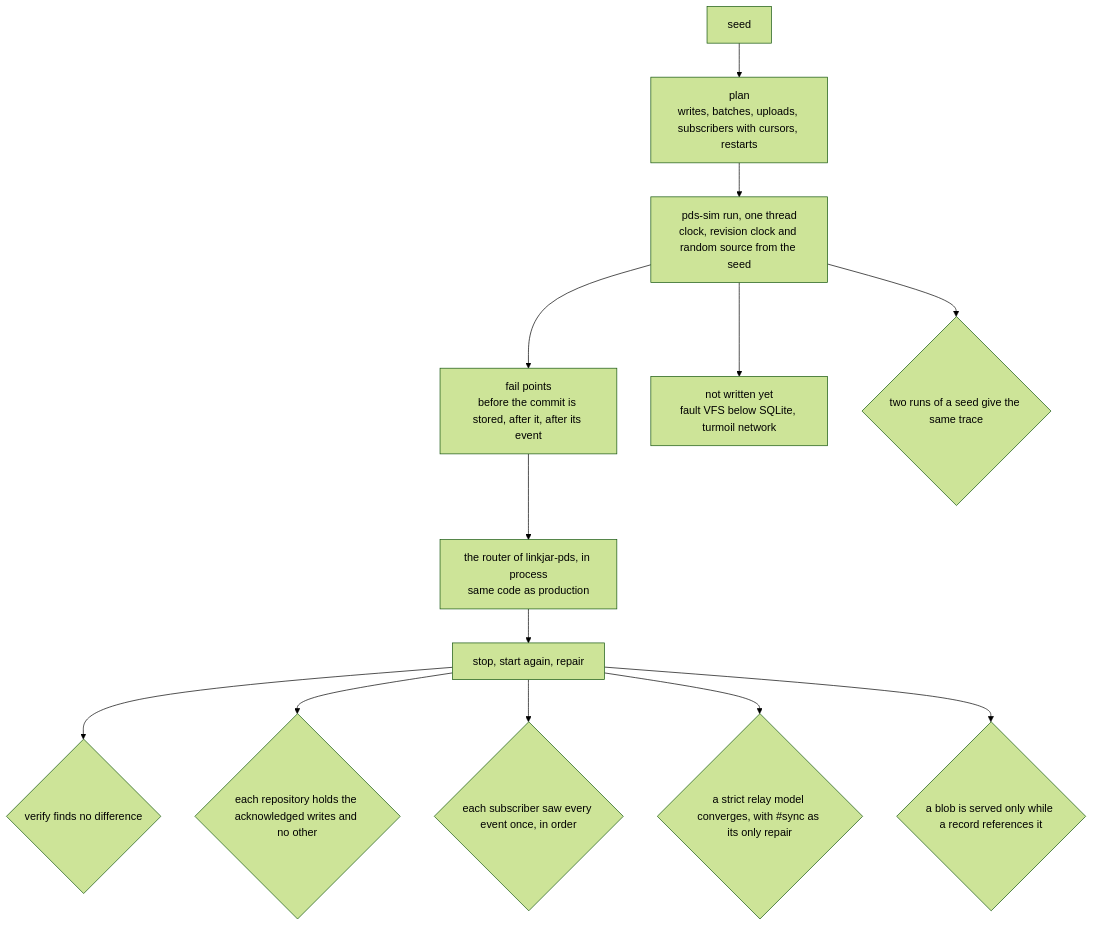
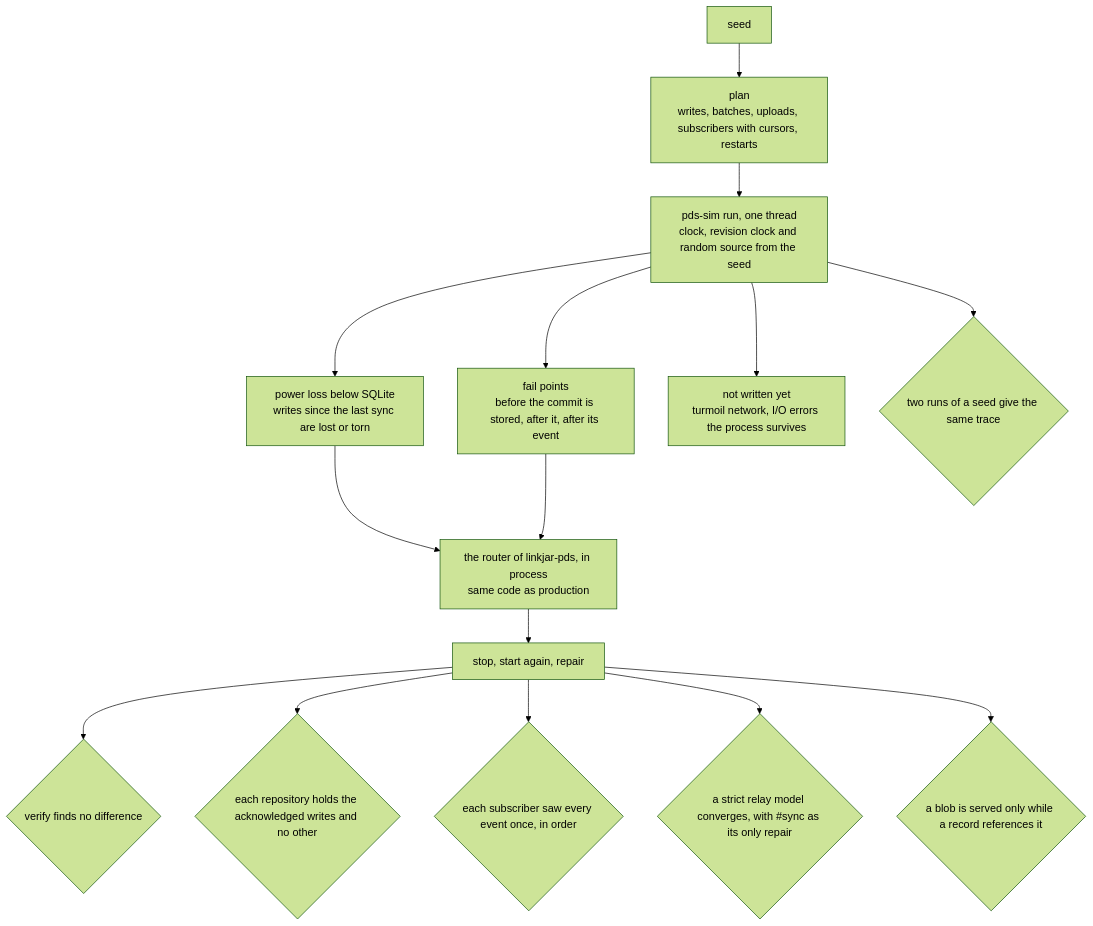
The diagram in docs/architecture/diagrams/13-simulation.mmd (linkjar/pds), drawn with Mermaid (forest theme) before and after one commit. The commit also changed 26 other files, not shown here.

First line of the commit message:
Unit 4b: the simulation loses power below SQLite

```diff
--- a/docs/architecture/diagrams/13-simulation.mmd
+++ b/docs/architecture/diagrams/13-simulation.mmd
@@ -1,13 +1,15 @@
 flowchart TB
   seed[seed] --> plan[plan<br/>writes, batches, uploads, subscribers with cursors, restarts]
   plan --> run[pds-sim run, one thread<br/>clock, revision clock and random source from the seed]
+  run --> vfs[power loss below SQLite<br/>writes since the last sync are lost or torn]
+  vfs --> sut
   run --> fp[fail points<br/>before the commit is stored, after it, after its event]
-  run --> later[not written yet<br/>fault VFS below SQLite, turmoil network]
+  run --> later[not written yet<br/>turmoil network, I/O errors the process survives]
   fp --> sut[the router of linkjar-pds, in process<br/>same code as production]
   sut --> restart[stop, start again, repair]
   restart --> o1{verify finds no difference}
   restart --> o2{each repository holds the acknowledged writes and no other}
   restart --> o3{each subscriber saw every event once, in order}
   restart --> o4{a strict relay model converges, with #sync as its only repair}
   restart --> o5{a blob is served only while a record references it}
   run --> meta{two runs of a seed give the same trace}
```
